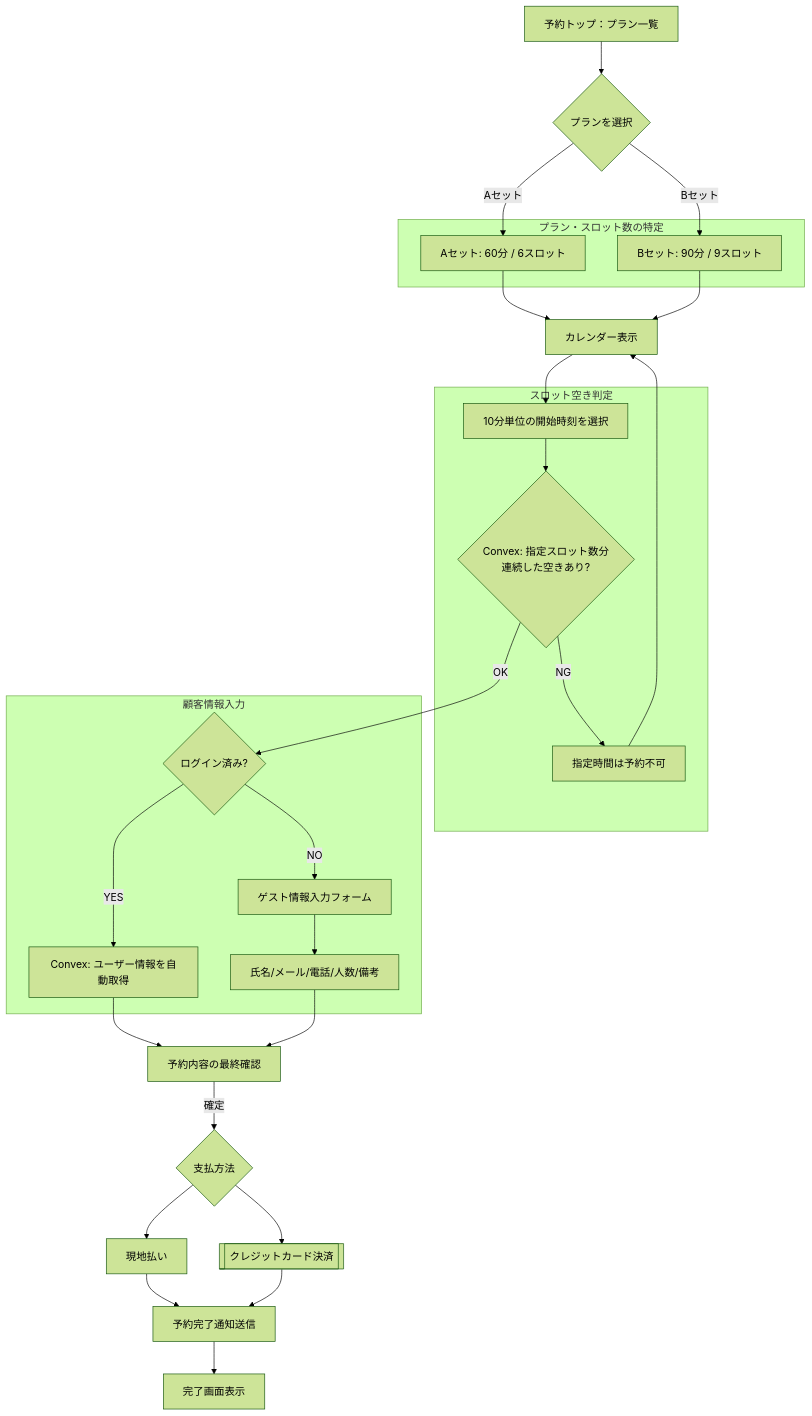
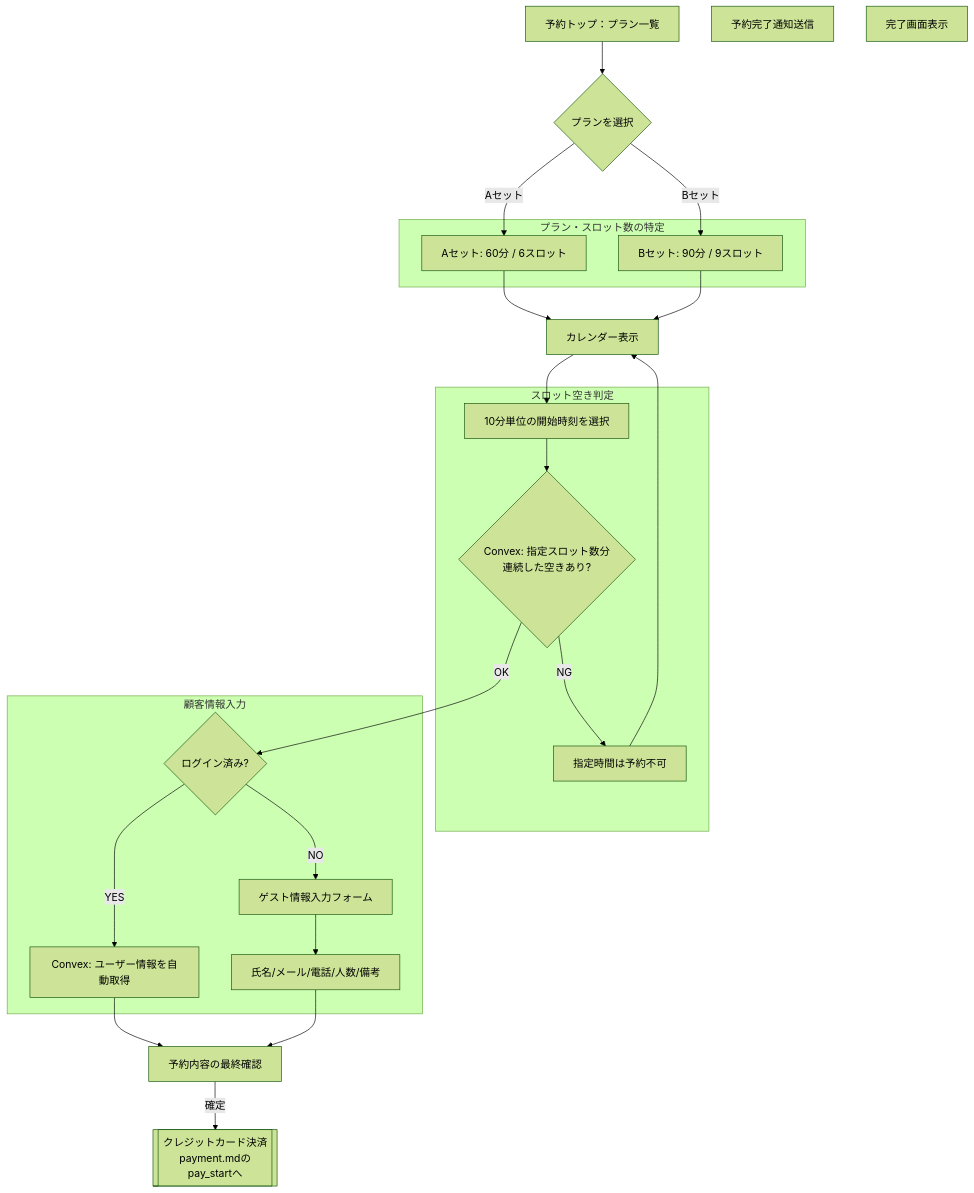
One commit to reflenge/mobipita-docs changed the diagram in src/content/docs/functional-design/customer/booking.md. Above: the diagram before and after it, drawn with Mermaid (forest theme). The commit also changed 2 other files, not shown here.

Commit message:
追加：決済フロー

````diff
--- a/src/content/docs/functional-design/customer/booking.md
+++ b/src/content/docs/functional-design/customer/booking.md
@@ -20,57 +20,52 @@
 ```mermaid
 flowchart TD
 
 
 res_A[予約トップ：プラン一覧] --> res_B{プランを選択}
 
 %% プラン特定セクション
 subgraph plan_logic [プラン・スロット数の特定]
     res_B1[Aセット: 60分 / 6スロット]
     res_B2[Bセット: 90分 / 9スロット]
 end
 
 res_B -->|Aセット| res_B1
 res_B -->|Bセット| res_B2
 
 res_B1 & res_B2 --> res_C[カレンダー表示]
 
 %% スロット判定セクション
 subgraph check_logic [スロット空き判定]
     res_D[10分単位の開始時刻を選択]
     res_E{Convex: 指定スロット数分<br>連続した空きあり?}
     res_F[指定時間は予約不可]
 end
 
 res_C --> res_D
 res_D --> res_E
 res_E -->|NG| res_F
 res_F --> res_C
 
 %% 顧客情報入力セクション
 subgraph input_logic [顧客情報入力]
     res_G{ログイン済み?}
     res_H[Convex: ユーザー情報を自動取得]
     res_I[ゲスト情報入力フォーム]
     res_I1[氏名/メール/電話/人数/備考]
 end
 
 res_E -->|OK| res_G
 res_G -->|YES| res_H
 res_G -->|NO| res_I
 res_I --> res_I1
 
 %% 最終処理
 res_J[予約内容の最終確認]
 
-res_K1[[クレジットカード決済]]
+res_K[[クレジットカード決済<br>payment.mdの<br>pay_startへ]]
 res_L[予約完了通知送信]
 res_M[完了画面表示]
 
 res_H & res_I1 --> res_J
-res_J -->|確定| res_K{支払方法}
-res_K --> res_K2[現地払い]
-res_K2 --> res_L
-res_K --> res_K1
-res_K1 --> res_L
-res_L --> res_M
+res_J -->|確定| res_K[[クレジットカード決済<br>payment.mdの<br>pay_startへ]]
 ```
````
